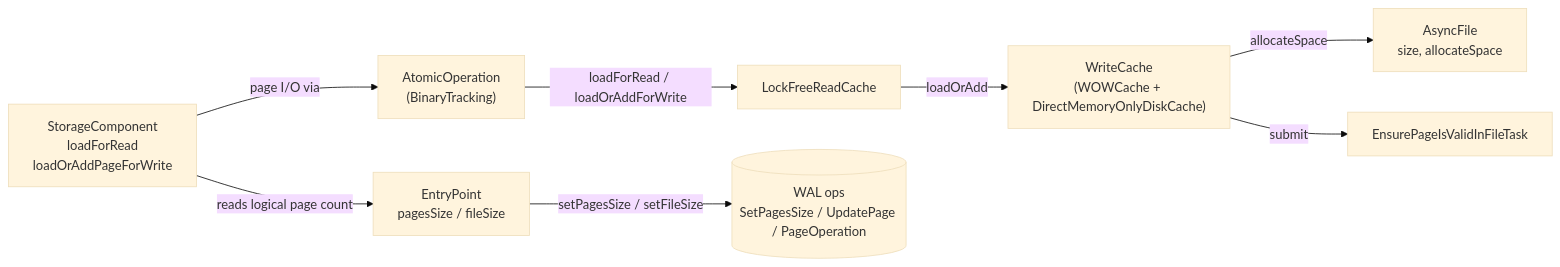
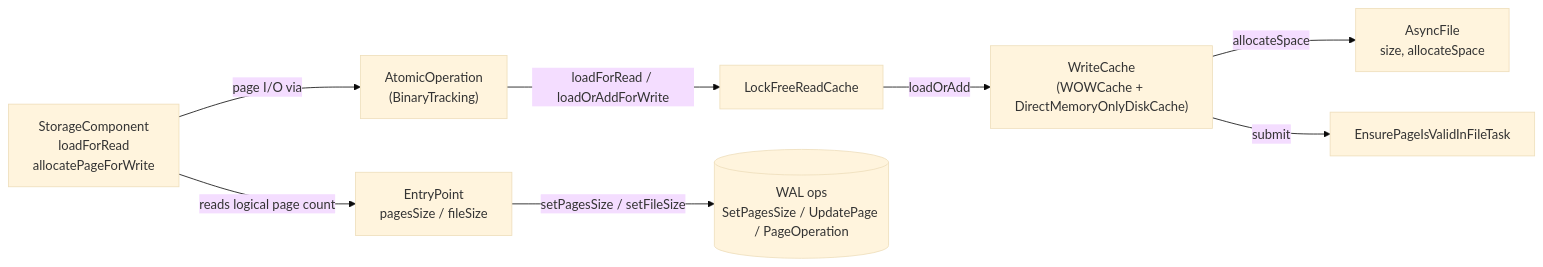
The diagram in docs/adr/read-cache-concurrency-bug/_workflow/implementation-plan.md (JetBrains/youtrackdb), drawn with Mermaid (base theme) before and after one commit. The commit also changed other lines of this file and 4 other files, not shown here.

````diff
--- a/docs/adr/read-cache-concurrency-bug/_workflow/implementation-plan.md
+++ b/docs/adr/read-cache-concurrency-bug/_workflow/implementation-plan.md
@@ -49,19 +49,19 @@
 ```mermaid
 flowchart LR
-    SC["StorageComponent<br/>loadForRead<br/>loadOrAddPageForWrite"]
+    SC["StorageComponent<br/>loadForRead<br/>allocatePageForWrite"]
     EP["EntryPoint<br/>pagesSize / fileSize"]
     AO["AtomicOperation<br/>(BinaryTracking)"]
     RC["LockFreeReadCache"]
     WC["WriteCache<br/>(WOWCache + DirectMemoryOnlyDiskCache)"]
     AF["AsyncFile<br/>size, allocateSpace"]
     ETV["EnsurePageIsValidInFileTask"]
     WAL[("WAL ops<br/>SetPagesSize / UpdatePage / PageOperation")]
 
     SC -->|reads logical page count| EP
     SC -->|page I/O via| AO
     AO -->|loadForRead / loadOrAddForWrite| RC
     RC -->|loadOrAdd| WC
     WC -->|allocateSpace| AF
     WC -->|submit| ETV
     EP -->|setPagesSize / setFileSize| WAL
 ```
````
